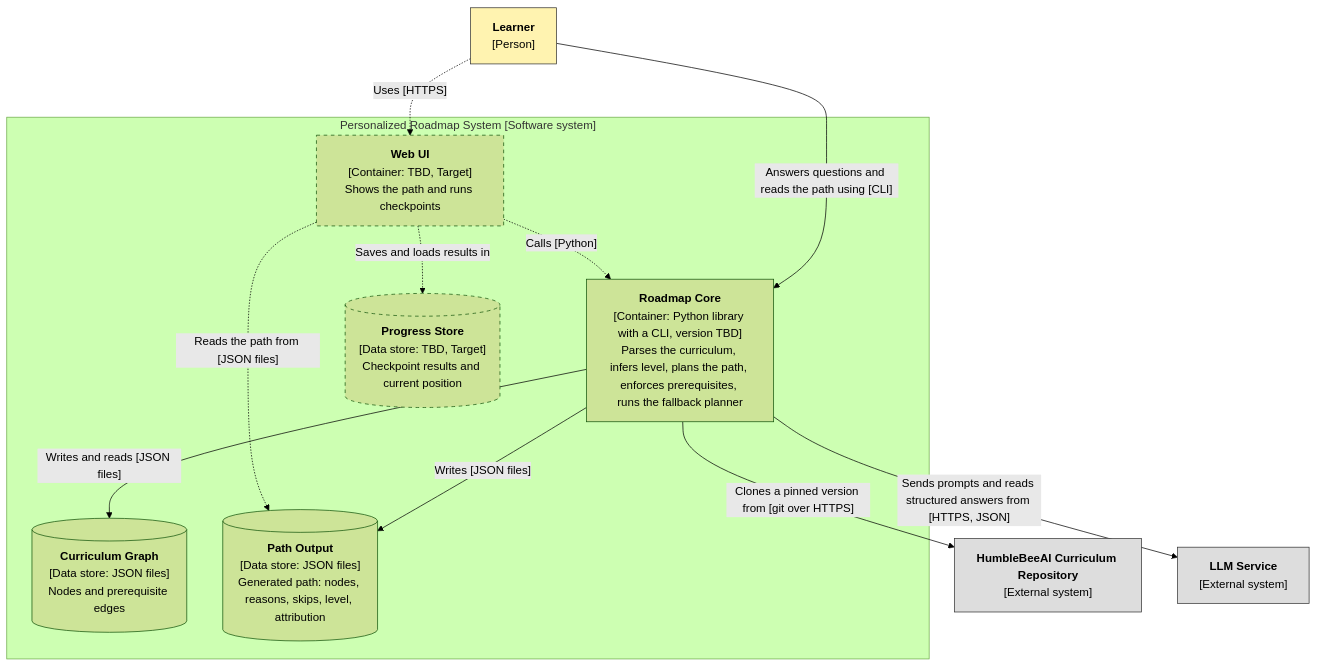
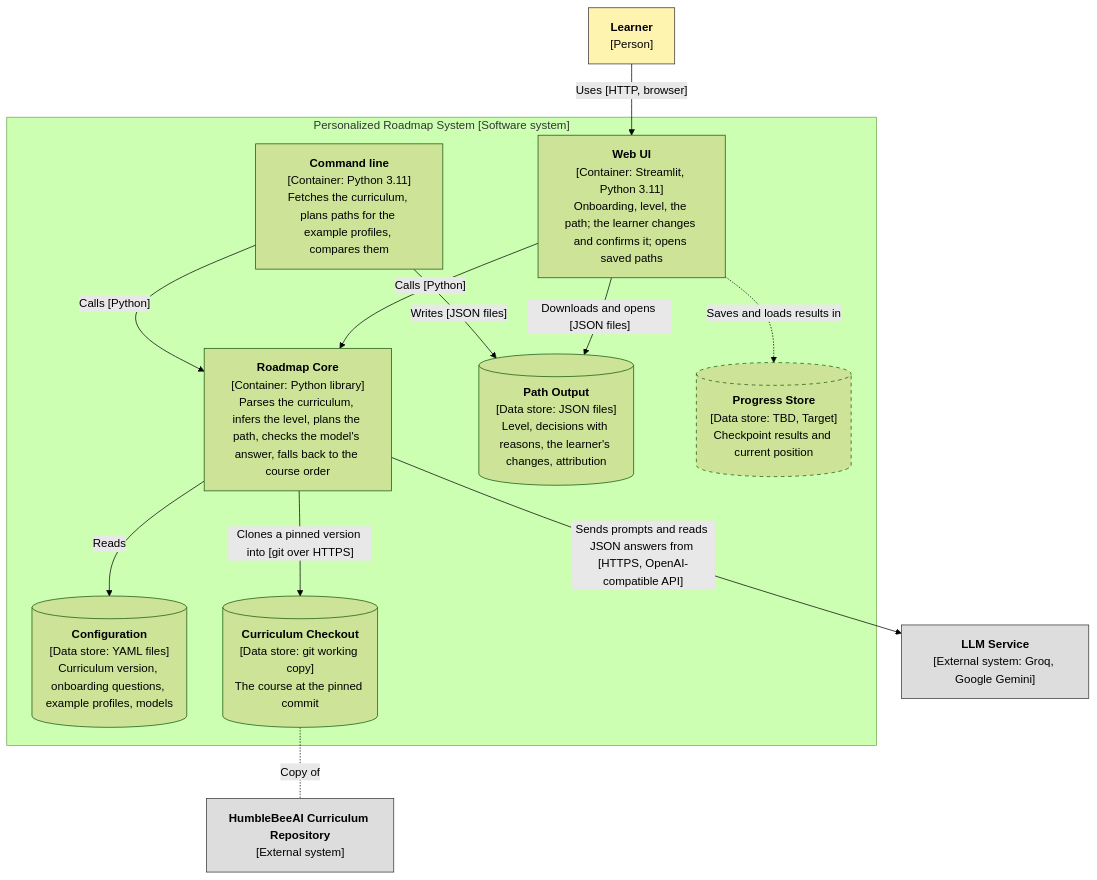
Before and after one commit to mishalilia/personalized-roadmap: the second of 2 diagrams in docs/architecture.md, drawn with Mermaid (forest theme). The commit also changed other lines of this file and 8 other files, not shown here.

First line of the commit message:
Update C4 diagrams to the prototype, add screenshots, fix fetch on Windows

````diff
--- a/docs/architecture.md
+++ b/docs/architecture.md
@@ -51,31 +53,34 @@
 ```mermaid
 flowchart TB
     learner["<b>Learner</b><br/>[Person]"]
     curriculum["<b>HumbleBeeAI Curriculum Repository</b><br/>[External system]"]
-    llm["<b>LLM Service</b><br/>[External system]"]
+    llm["<b>LLM Service</b><br/>[External system: Groq, Google Gemini]"]
 
     subgraph boundary ["Personalized Roadmap System [Software system]"]
-        core["<b>Roadmap Core</b><br/>[Container: Python library with a CLI, version TBD]<br/>Parses the curriculum, infers level, plans the path, enforces prerequisites, runs the fallback planner"]
-        gstore[("<b>Curriculum Graph</b><br/>[Data store: JSON files]<br/>Nodes and prerequisite edges")]
-        pathjson[("<b>Path Output</b><br/>[Data store: JSON files]<br/>Generated path: nodes, reasons, skips, level, attribution")]
-        webui["<b>Web UI</b><br/>[Container: TBD, Target]<br/>Shows the path and runs checkpoints"]
+        webui["<b>Web UI</b><br/>[Container: Streamlit, Python 3.11]<br/>Onboarding, level, the path; the learner changes and confirms it; opens saved paths"]
+        cli["<b>Command line</b><br/>[Container: Python 3.11]<br/>Fetches the curriculum, plans paths for the example profiles, compares them"]
+        core["<b>Roadmap Core</b><br/>[Container: Python library]<br/>Parses the curriculum, infers the level, plans the path, checks the model's answer, falls back to the course order"]
+        config[("<b>Configuration</b><br/>[Data store: YAML files]<br/>Curriculum version, onboarding questions, example profiles, models")]
+        checkout[("<b>Curriculum Checkout</b><br/>[Data store: git working copy]<br/>The course at the pinned commit")]
+        pathjson[("<b>Path Output</b><br/>[Data store: JSON files]<br/>Level, decisions with reasons, the learner's changes, attribution")]
         progress[("<b>Progress Store</b><br/>[Data store: TBD, Target]<br/>Checkpoint results and current position")]
     end
 
-    learner -->|"Answers questions and reads the path using [CLI]"| core
-    learner -.->|"Uses [HTTPS]"| webui
-    core -->|"Clones a pinned version from [git over HTTPS]"| curriculum
-    core -->|"Sends prompts and reads structured answers from [HTTPS, JSON]"| llm
-    core -->|"Writes and reads [JSON files]"| gstore
-    core -->|"Writes [JSON files]"| pathjson
-    webui -.->|"Reads the path from [JSON files]"| pathjson
+    learner -->|"Uses [HTTP, browser]"| webui
+    webui -->|"Calls [Python]"| core
+    cli -->|"Calls [Python]"| core
+    core -->|"Reads"| config
+    core -->|"Clones a pinned version into [git over HTTPS]"| checkout
+    checkout -.-|"Copy of"| curriculum
+    core -->|"Sends prompts and reads JSON answers from [HTTPS, OpenAI-compatible API]"| llm
+    webui -->|"Downloads and opens [JSON files]"| pathjson
+    cli -->|"Writes [JSON files]"| pathjson
     webui -.->|"Saves and loads results in"| progress
-    webui -.->|"Calls [Python]"| core
 
     classDef person fill:#fff3b0,stroke:#333
     classDef ext fill:#dddddd,stroke:#333
     classDef later stroke-dasharray:5 5
     class learner person
     class curriculum,llm ext
-    class webui,progress later
+    class progress later
 ```
````
